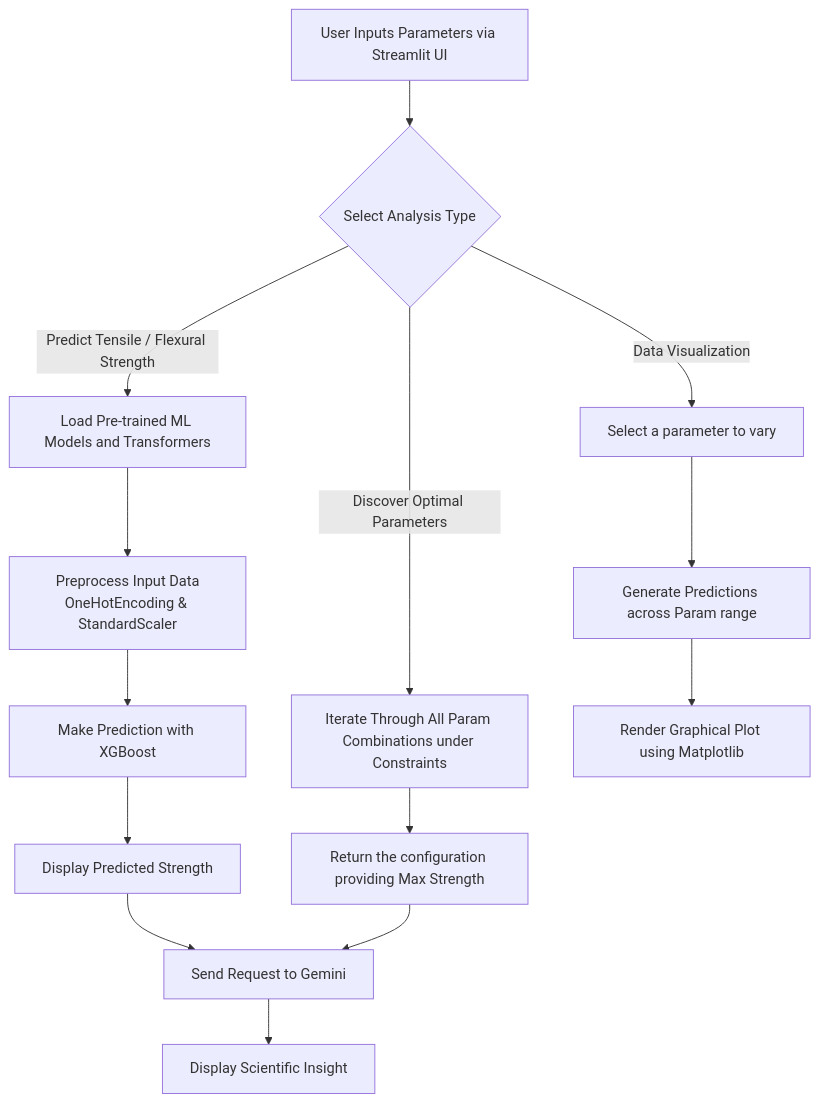
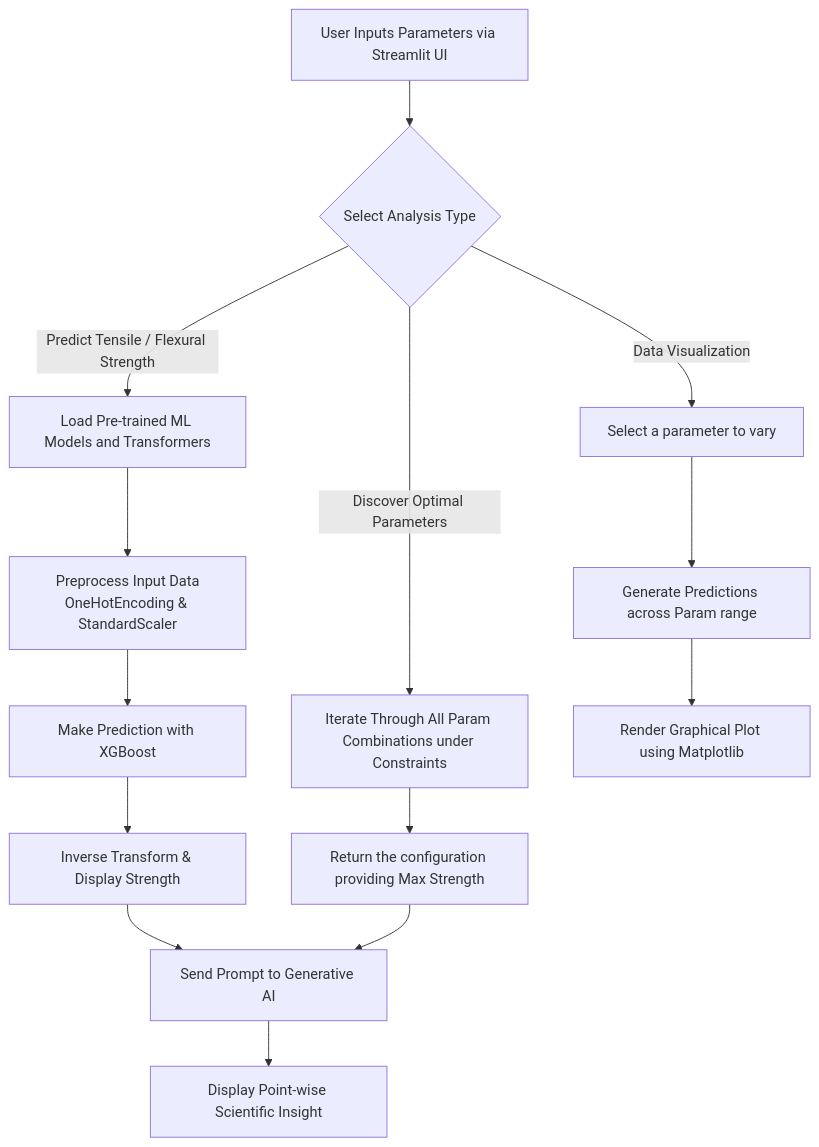
The diagram in readme.md (LaminarFlow24/Material-Strength-2), drawn with Mermaid before and after one commit. The commit also changed other lines of this file and 13 other files, not shown here.

````diff
--- a/readme.md
+++ b/readme.md
@@ -67,19 +97,19 @@
 ```mermaid
 graph TD
     A[User Inputs Parameters via Streamlit UI] --> B{Select Analysis Type}
     
     B -->|Predict Tensile / Flexural Strength| C[Load Pre-trained ML Models and Transformers]
     C --> D[Preprocess Input Data<br>OneHotEncoding & StandardScaler]
     D --> E[Make Prediction with XGBoost]
-    E --> F[Display Predicted Strength]
-    G[Send Request to Gemini] --> H[Display Scientific Insight]
+    E --> F[Inverse Transform & Display Strength]
+    G[Send Prompt to Generative AI] --> H[Display Point-wise Scientific Insight]
     F --> G
     
     B -->|Discover Optimal Parameters| I[Iterate Through All Param Combinations under Constraints]
     I --> J[Return the configuration providing Max Strength]
     J --> G
     
     B -->|Data Visualization | K[Select a parameter to vary]
     K --> L[Generate Predictions across Param range]
     L --> M[Render Graphical Plot using Matplotlib]
 ```
````
